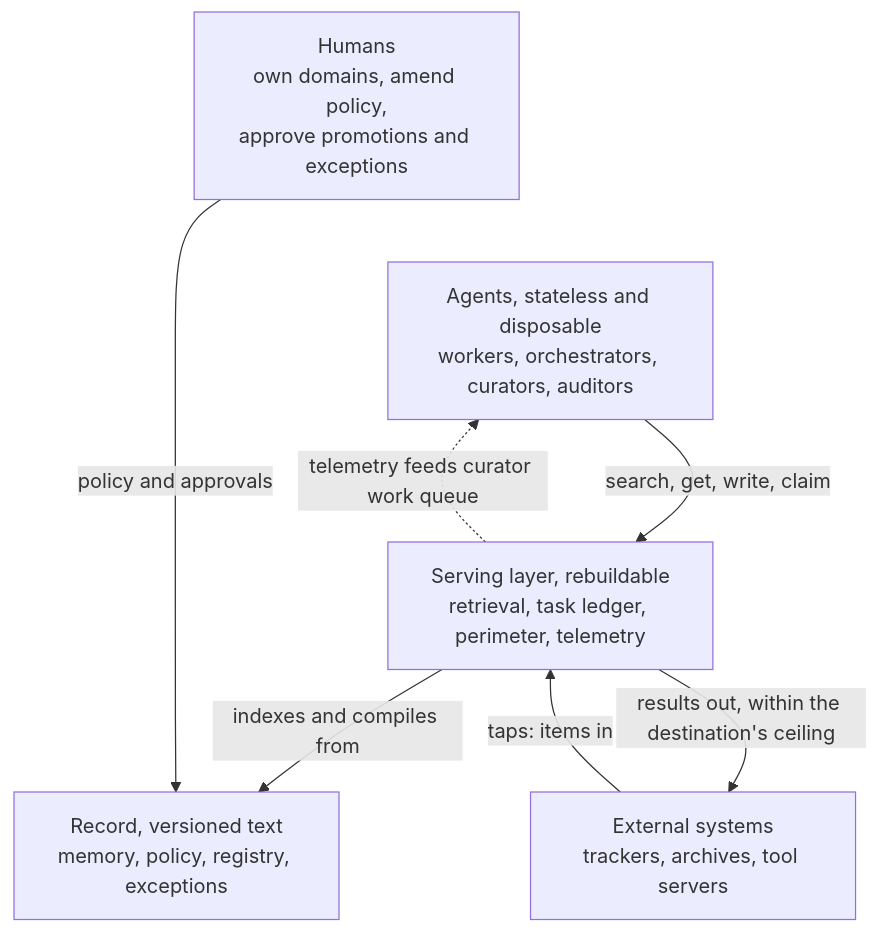
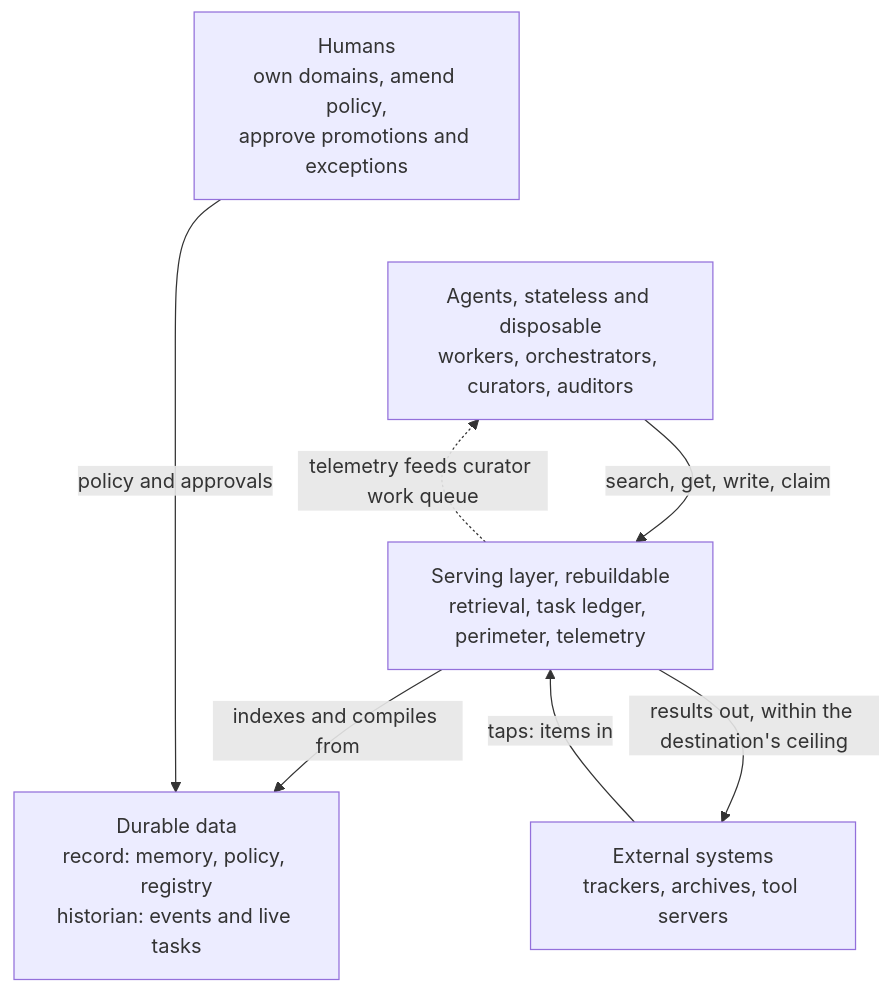
The first of 7 diagrams in docs/durable-memory-for-disposable-agents.md (apache/tooling-memory), drawn with Mermaid before and after one commit. The commit also changed other lines of this file, not shown here.

First line of the commit message:
Memory paper: GPT-6-Astra revision

````diff
--- a/docs/durable-memory-for-disposable-agents.md
+++ b/docs/durable-memory-for-disposable-agents.md
@@ -51,16 +51,16 @@
 ```mermaid
 flowchart TB
     HUM["Humans<br/>own domains, amend policy,<br/>approve promotions and exceptions"]
     AGT["Agents, stateless and disposable<br/>workers, orchestrators, curators, auditors"]
     SRV["Serving layer, rebuildable<br/>retrieval, task ledger, perimeter, telemetry"]
-    REC["Record, versioned text<br/>memory, policy, registry, exceptions"]
+    REC["Durable data<br/>record: memory, policy, registry<br/>historian: events and live tasks"]
     EXT["External systems<br/>trackers, archives, tool servers"]
 
     HUM ~~~ AGT
     AGT -->|"search, get, write, claim"| SRV
     SRV -->|"indexes and compiles from"| REC
     HUM -->|"policy and approvals"| REC
     SRV -.->|"telemetry feeds curator work queue"| AGT
     EXT -->|"taps: items in"| SRV
     SRV -->|"results out, within the destination's ceiling"| EXT
 ```
````
